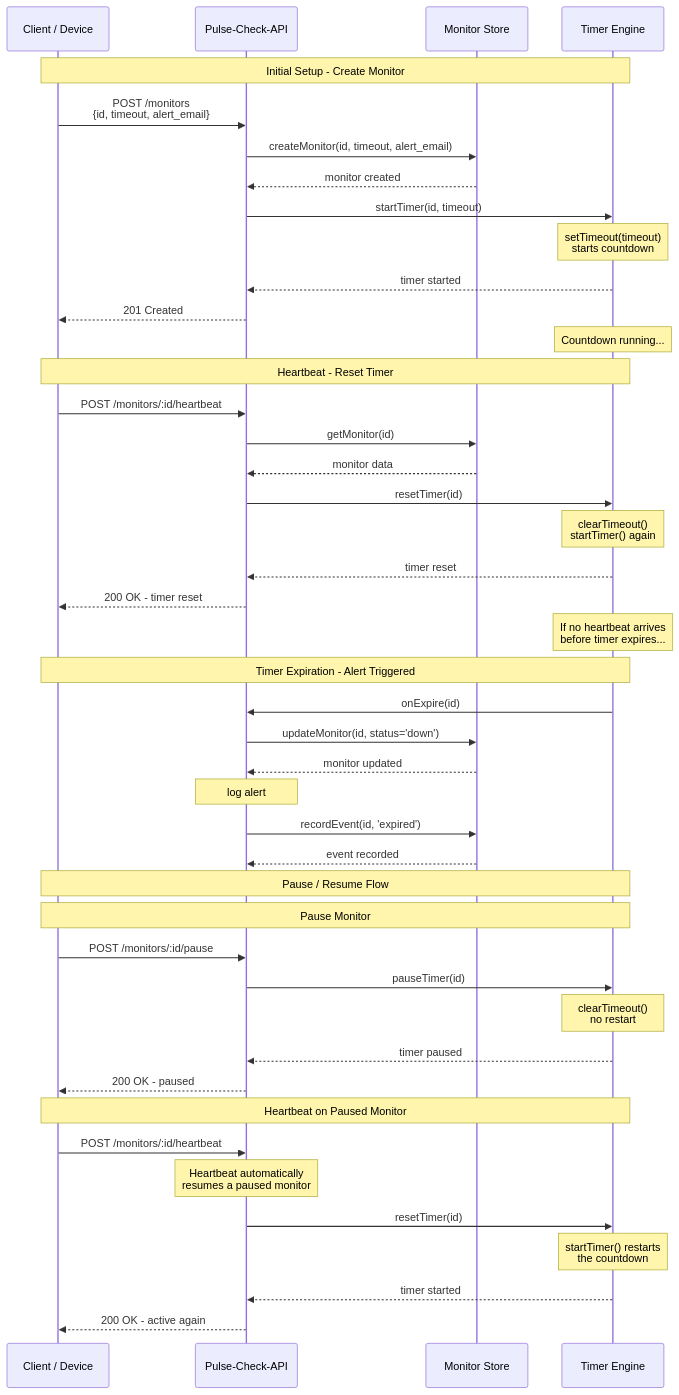
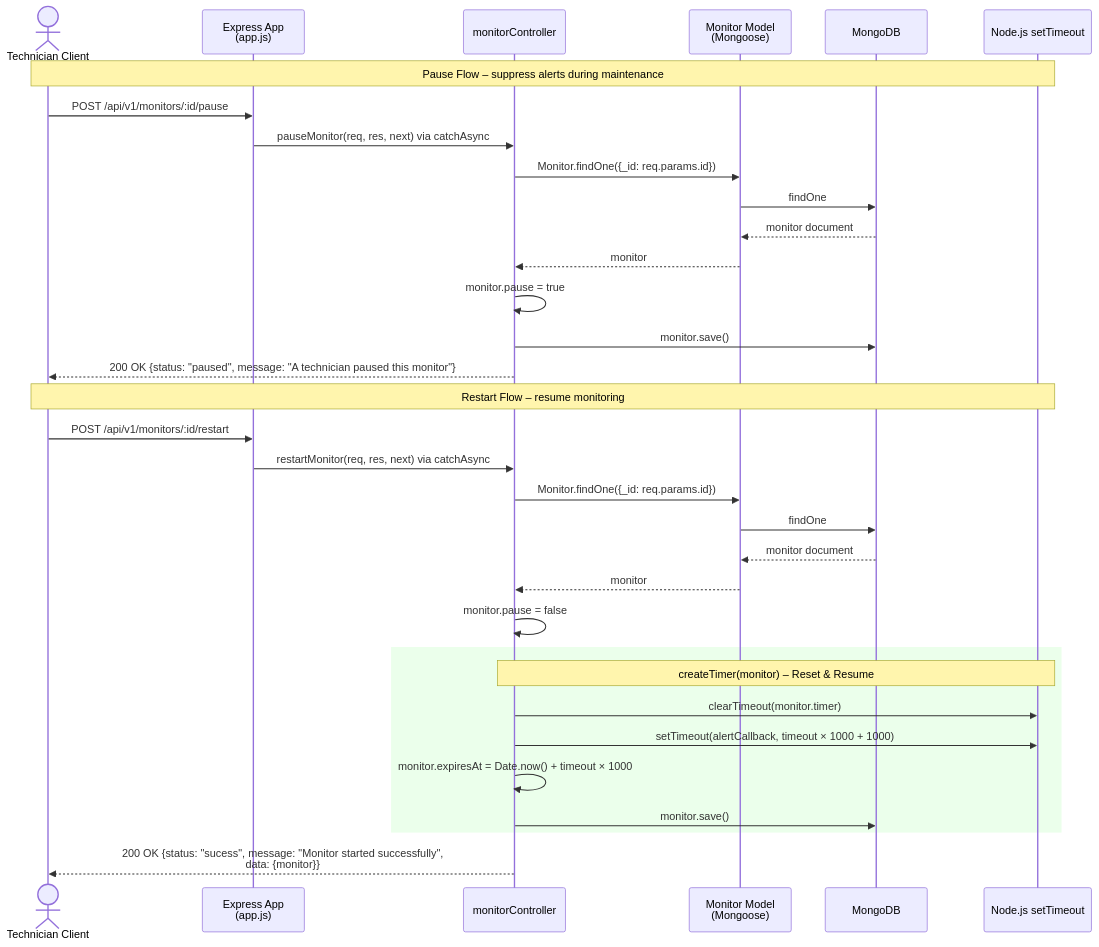
Before and after one commit to kkanim/Pulse-Check-API: the fifth of 6 diagrams in README.md, drawn with Mermaid. The commit also changed other lines of this file and 29 other files, not shown here.

````diff
--- a/README.md
+++ b/README.md
@@ -11,58 +221,41 @@
 ```mermaid
----
-config:
-  layout: elk
----
 sequenceDiagram
-    participant Client as Client / Device
-    participant API as Pulse-Check-API
-    participant Store as Monitor Store
-    participant Timer as Timer Engine
+    actor Tech as Technician Client
+    participant Express as Express App<br/>(app.js)
+    participant MC as monitorController
+    participant MonitorModel as Monitor Model<br/>(Mongoose)
+    participant MongoDB
+    participant Timer as Node.js setTimeout
 
-    Note over Client,Timer: Initial Setup - Create Monitor
-    Client->>API: POST /monitors<br/>{id, timeout, alert_email}
-    API->>Store: createMonitor(id, timeout, alert_email)
-    Store-->>API: monitor created
-    API->>Timer: startTimer(id, timeout)
-    Note over Timer: setTimeout(timeout)<br/>starts countdown
-    Timer-->>API: timer started
-    API-->>Client: 201 Created
+    Note over Tech,Timer: Pause Flow – suppress alerts during maintenance
 
-    Note over Timer: Countdown running...
+    Tech->>Express: POST /api/v1/monitors/:id/pause
+    Express->>MC: pauseMonitor(req, res, next) via catchAsync
+    MC->>MonitorModel: Monitor.findOne({_id: req.params.id})
+    MonitorModel->>MongoDB: findOne
+    MongoDB-->>MonitorModel: monitor document
+    MonitorModel-->>MC: monitor
+    MC->>MC: monitor.pause = true
+    MC->>MongoDB: monitor.save()
+    MC-->>Tech: 200 OK {status: "paused", message: "A technician paused this monitor"}
 
-    Note over Client,Timer: Heartbeat - Reset Timer
-    Client->>API: POST /monitors/:id/heartbeat
-    API->>Store: getMonitor(id)
-    Store-->>API: monitor data
-    API->>Timer: resetTimer(id)
-    Note over Timer: clearTimeout()<br/>startTimer() again
-    Timer-->>API: timer reset
-    API-->>Client: 200 OK - timer reset
+    Note over Tech,Timer: Restart Flow – resume monitoring
 
-    Note over Timer: If no heartbeat arrives<br/>before timer expires...
+    Tech->>Express: POST /api/v1/monitors/:id/restart
+    Express->>MC: restartMonitor(req, res, next) via catchAsync
+    MC->>MonitorModel: Monitor.findOne({_id: req.params.id})
+    MonitorModel->>MongoDB: findOne
+    MongoDB-->>MonitorModel: monitor document
+    MonitorModel-->>MC: monitor
+    MC->>MC: monitor.pause = false
 
-    Note over Client,Timer: Timer Expiration - Alert Triggered
-    Timer->>API: onExpire(id)
-    API->>Store: updateMonitor(id, status='down')
-    Store-->>API: monitor updated
-    Note over API: log alert
-    API->>Store: recordEvent(id, 'expired')
-    Store-->>API: event recorded
+    rect rgb(235, 255, 235)
+        Note over MC,Timer: createTimer(monitor) – Reset & Resume
+        MC->>Timer: clearTimeout(monitor.timer)
+        MC->>Timer: setTimeout(alertCallback, timeout × 1000 + 1000)
+        MC->>MC: monitor.expiresAt = Date.now() + timeout × 1000
+        MC->>MongoDB: monitor.save()
+    end
 
-    Note over Client,Timer: Pause / Resume Flow
-
-    Note over Client,Timer: Pause Monitor
-    Client->>API: POST /monitors/:id/pause
-    API->>Timer: pauseTimer(id)
-    Note over Timer: clearTimeout()<br/>no restart
-    Timer-->>API: timer paused
-    API-->>Client: 200 OK - paused
-
-    Note over Client,Timer: Heartbeat on Paused Monitor
-    Client->>API: POST /monitors/:id/heartbeat
-    Note over API: Heartbeat automatically<br/>resumes a paused monitor
-    API->>Timer: resetTimer(id)
-    Note over Timer: startTimer() restarts<br/>the countdown
-    Timer-->>API: timer started
-    API-->>Client: 200 OK - active again
+    MC-->>Tech: 200 OK {status: "sucess", message: "Monitor started successfully",<br/>data: {monitor}}
 ```
````
